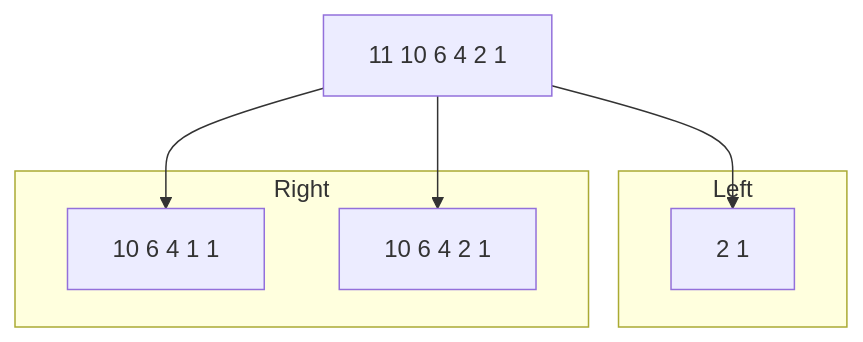
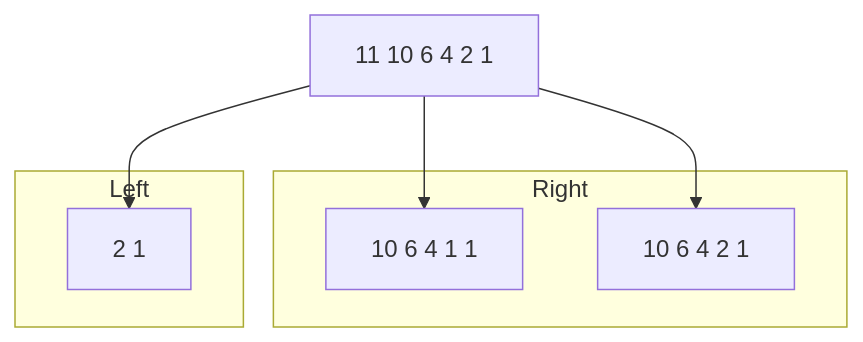
One commit to zedttxj/Image-Processing-Tool-with-Matlab changed the second of 2 diagrams in optional/PDilation-reversedPDilation.md. Above: the diagram before and after it, drawn with Mermaid.

````diff
--- a/optional/PDilation-reversedPDilation.md
+++ b/optional/PDilation-reversedPDilation.md
@@ -260,18 +260,20 @@
 ```mermaid
 graph TD;
 
     C[11 10 6 4 2 1]
 
-    subgraph Group1["Left"]
-        A[2 1]
-    end
+
 
     subgraph Group2["Right"]
         D[10 6 4 1 1]
         E[10 6 4 2 1]
     end
 
+    subgraph Group1["Left"]
+        A[2 1]
+    end
+
+    C --> A
     C --> D
     C --> E
-    C --> A
 ```
````
